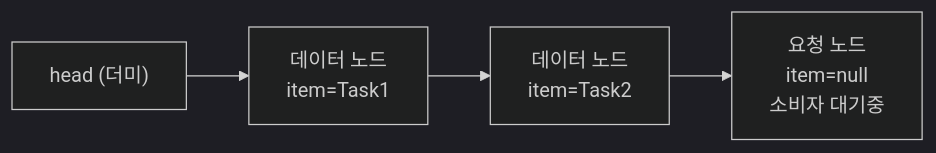
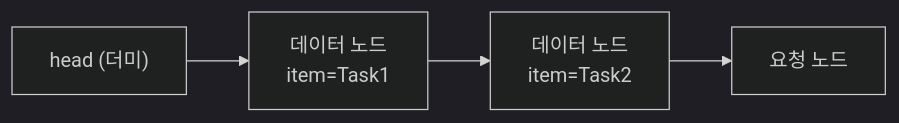
One commit to yjkim2015/yjkim2015.github.io changed the fifth of 7 diagrams in _posts/java/2026-05-12-java-concurrent-collections.md. Above: the diagram before and after it, drawn with Mermaid (dark theme). The commit also changed other lines of this file and 245 other files, not shown here.

First line of the commit message:
Mermaid 다이어그램 전면 수정 + 면접 포인트 접기/펼치기 + DB 데드락 페이지

````diff
--- a/_posts/java/2026-05-12-java-concurrent-collections.md
+++ b/_posts/java/2026-05-12-java-concurrent-collections.md
@@ -847,6 +846,6 @@
 ```mermaid
 graph LR
     Head["head (더미)"] --> DN1["데이터 노드\nitem=Task1"]
     DN1 --> DN2["데이터 노드\nitem=Task2"]
-    DN2 --> RN1["요청 노드\nitem=null\n소비자 대기중"]
+    DN2 --> RN1["요청 노드"]
 ```
````
